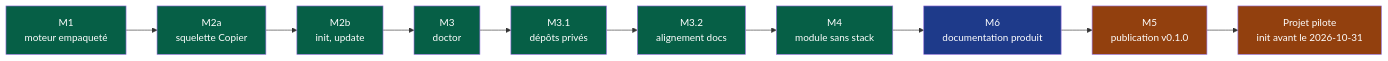
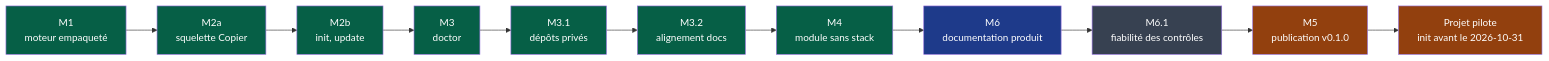
One commit to NapkinStack/engineering-os changed the diagram in docs/governance/plans/2026-09-15-moteur-v0.1.0.md. Above: the diagram before and after it, drawn with Mermaid. The commit also changed other lines of this file and 2 other files, not shown here.

Commit message:
M6 — replanification : M6.1 avant publication, C2 et C4 après le pilote

````diff
--- a/docs/governance/plans/2026-09-15-moteur-v0.1.0.md
+++ b/docs/governance/plans/2026-09-15-moteur-v0.1.0.md
@@ -48,17 +48,18 @@
 ```mermaid
 flowchart LR
     M1["M1<br/>moteur empaqueté"]:::fait --> M2a["M2a<br/>squelette Copier"]:::fait
     M2a --> M2b["M2b<br/>init, update"]:::fait
     M2b --> M3["M3<br/>doctor"]:::fait
     M3 --> M31["M3.1<br/>dépôts privés"]:::fait
     M31 --> M32["M3.2<br/>alignement docs"]:::fait
     M32 --> M4["M4<br/>module sans stack"]:::fait
     M4 --> M6["M6<br/>documentation produit"]:::encours
-    M6 --> M5["M5<br/>publication v0.1.0"]:::humain
+    M6 --> M61["M6.1<br/>fiabilité des contrôles"]:::afaire
+    M61 --> M5["M5<br/>publication v0.1.0"]:::humain
     M5 --> PP["Projet pilote<br/>init avant le 2026-10-31"]:::humain
 
     classDef fait fill:#065f46,color:#fff
     classDef encours fill:#1e3a8a,color:#fff
     classDef afaire fill:#374151,color:#fff
     classDef humain fill:#92400e,color:#fff
 ```
````
